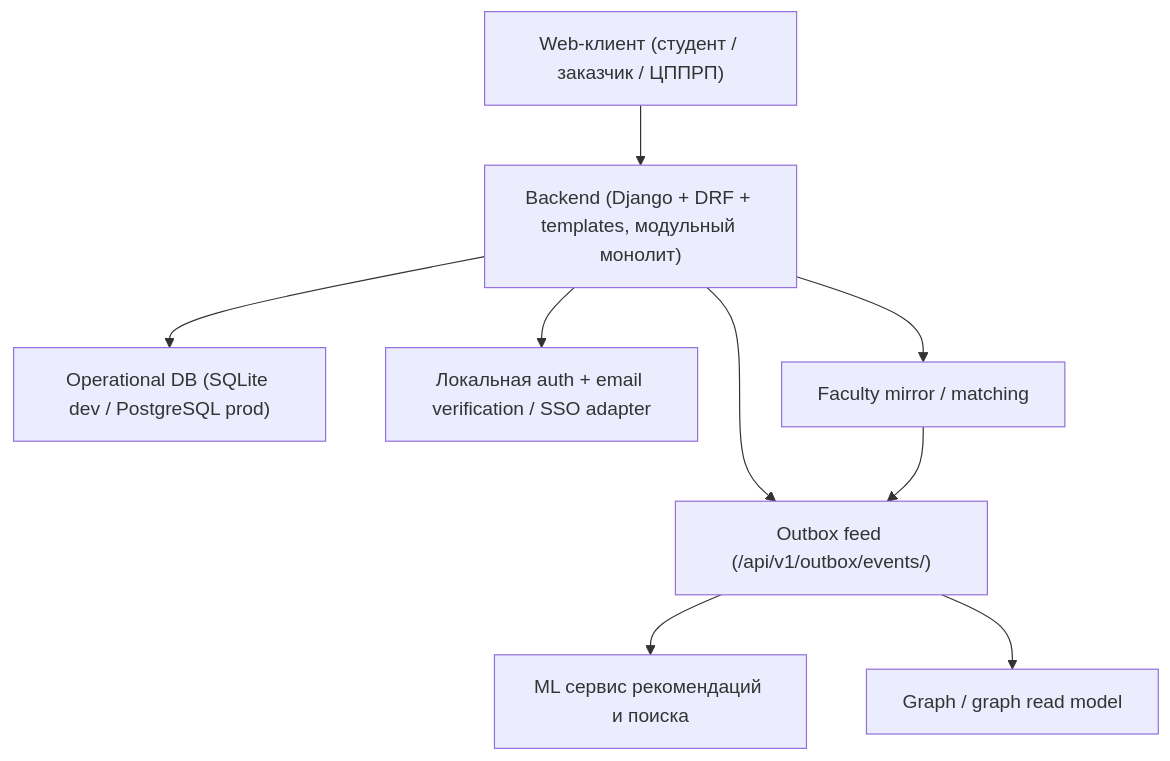
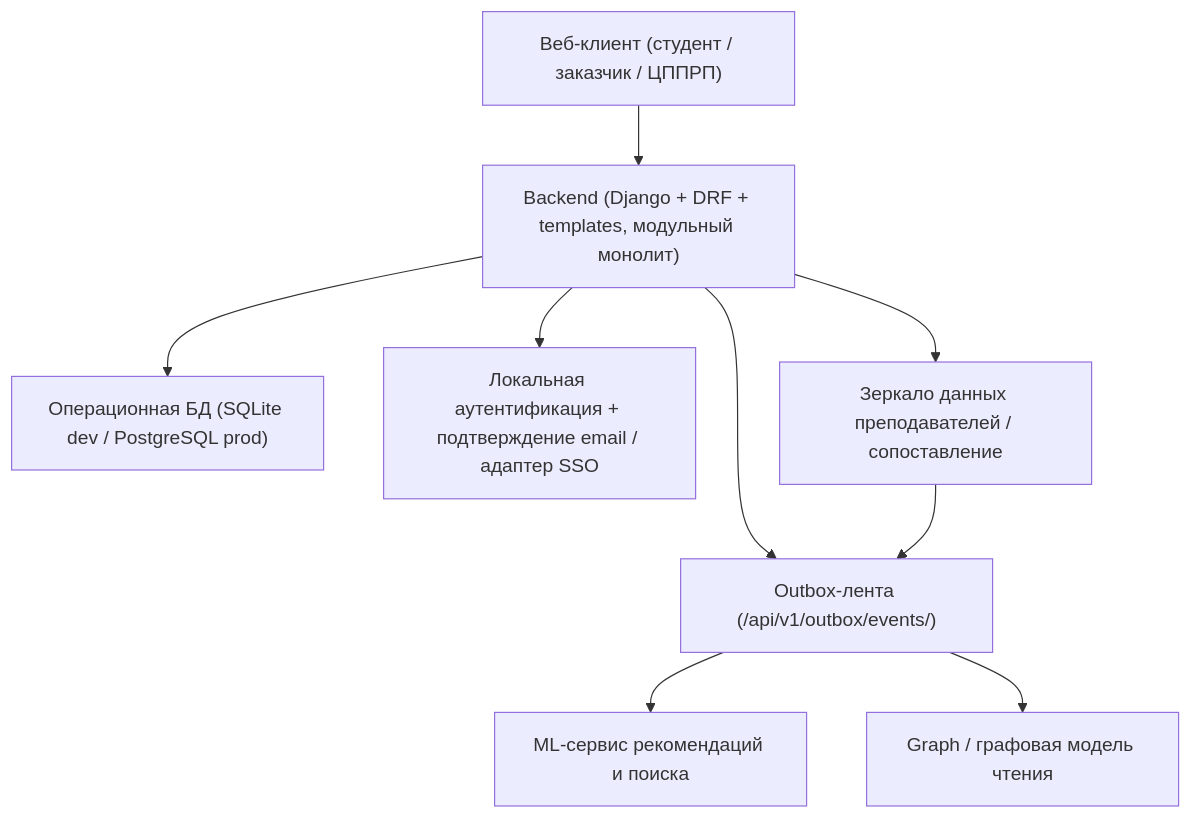
Before and after one commit to krevetka-is-afk/Digital-Student-Assistant: the first of 2 diagrams in docs/architecture/adr/ADR-002.md, drawn with Mermaid. The commit also changed other lines of this file and 10 other files, not shown here.

First line of the commit message:
Refactor architectural decision documents and integration guidelines

````diff
--- a/docs/architecture/adr/ADR-002.md
+++ b/docs/architecture/adr/ADR-002.md
@@ -11,20 +11,20 @@
 ```mermaid
 graph TD
-    UI["Web-клиент (студент / заказчик / ЦППРП)"]
+    UI["Веб-клиент (студент / заказчик / ЦППРП)"]
     API["Backend (Django + DRF + templates, модульный монолит)"]
-    DB["Operational DB (SQLite dev / PostgreSQL prod)"]
-    OUTBOX["Outbox feed (/api/v1/outbox/events/)"]
-    MLS["ML сервис рекомендаций и поиска"]
-    GRAPH["Graph / graph read model"]
-    AUTH["Локальная auth + email verification / SSO adapter"]
-    FAC["Faculty mirror / matching"]
+    DB["Операционная БД (SQLite dev / PostgreSQL prod)"]
+    OUTBOX["Outbox-лента (/api/v1/outbox/events/)"]
+    MLS["ML-сервис рекомендаций и поиска"]
+    GRAPH["Graph / графовая модель чтения"]
+    AUTH["Локальная аутентификация + подтверждение email / адаптер SSO"]
+    FAC["Зеркало данных преподавателей / сопоставление"]
 
     UI --> API
     API --> DB
     API --> OUTBOX
     API --> AUTH
     API --> FAC
     OUTBOX --> MLS
     OUTBOX --> GRAPH
     FAC --> OUTBOX
 ```
````
